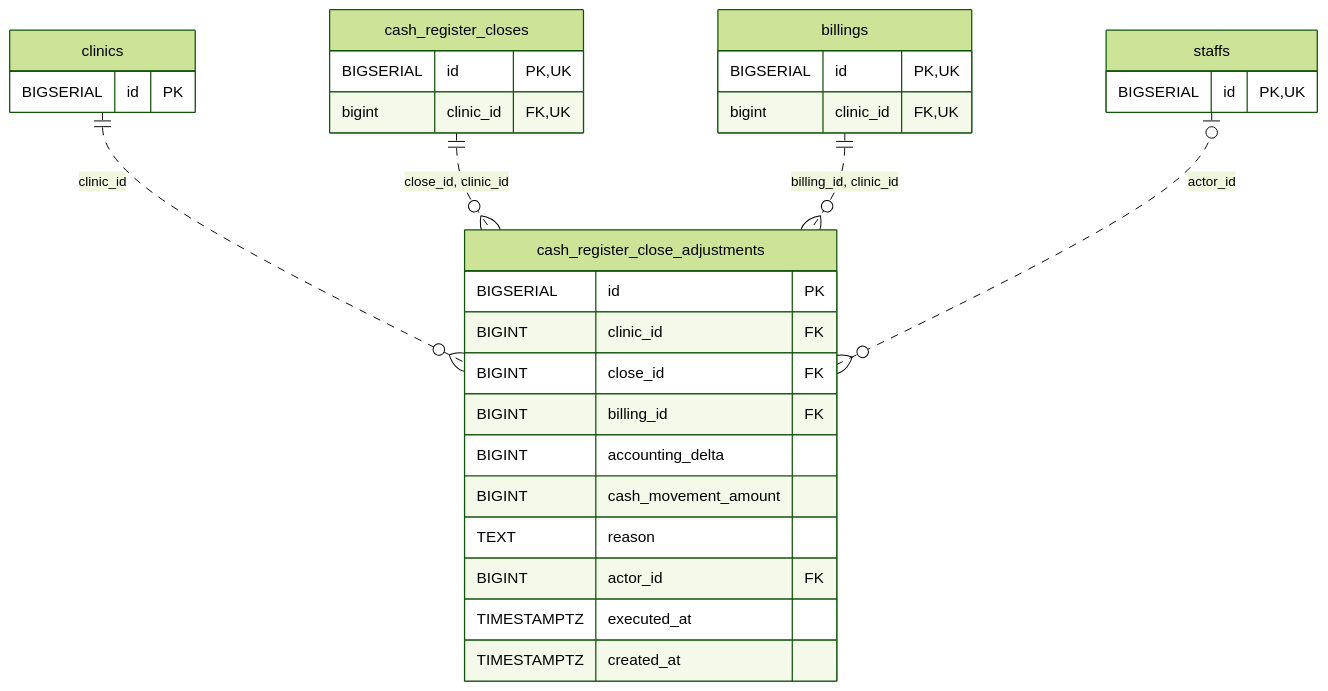
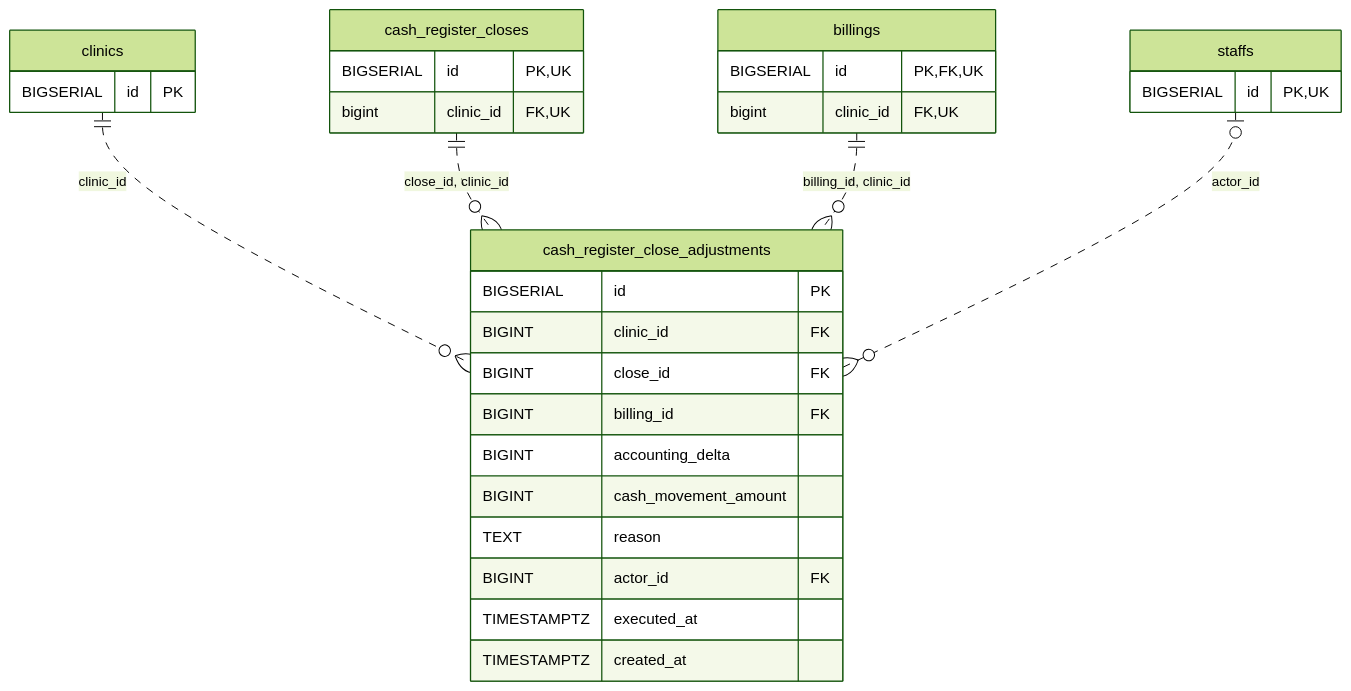
One commit to MinoruSoga/AnimalEkarte changed the diagram in docs/architecture/erd-detail/cash_register_close_adjustments.md. Above: the diagram before and after it, drawn with Mermaid (forest theme). The commit also changed 51 other files, not shown here.

````diff
--- a/docs/architecture/erd-detail/cash_register_close_adjustments.md
+++ b/docs/architecture/erd-detail/cash_register_close_adjustments.md
@@ -33,33 +33,33 @@
 ```mermaid
 erDiagram
     cash_register_close_adjustments {
         BIGSERIAL id PK
         BIGINT clinic_id FK
         BIGINT close_id FK
         BIGINT billing_id FK
         BIGINT accounting_delta
         BIGINT cash_movement_amount
         TEXT reason
         BIGINT actor_id FK
         TIMESTAMPTZ executed_at
         TIMESTAMPTZ created_at
     }
     billings {
-        BIGSERIAL id PK,UK
+        BIGSERIAL id PK,FK,UK
         bigint clinic_id FK,UK
     }
     cash_register_closes {
         BIGSERIAL id PK,UK
         bigint clinic_id FK,UK
     }
     clinics {
         BIGSERIAL id PK
     }
     staffs {
         BIGSERIAL id PK,UK
     }
     clinics ||..o{ cash_register_close_adjustments : "clinic_id"
     cash_register_closes ||..o{ cash_register_close_adjustments : "close_id, clinic_id"
     billings ||..o{ cash_register_close_adjustments : "billing_id, clinic_id"
     staffs o|..o{ cash_register_close_adjustments : "actor_id"
 ```
````
